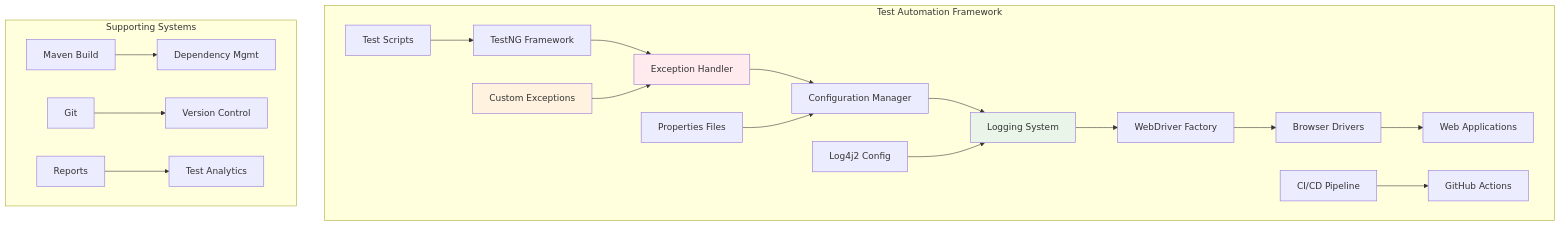
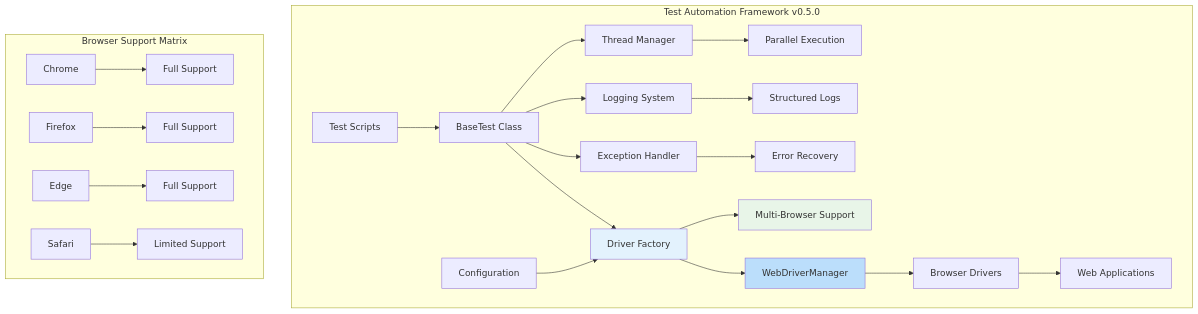
The second of 11 diagrams in README.md (Anuj-Patiyal/hybrid-framework), drawn with Mermaid before and after one commit. The commit also changed other lines of this file and 11 other files, not shown here.

````diff
--- a/README.md
+++ b/README.md
@@ -76,27 +77,31 @@
 ```mermaid
 graph TB
-    subgraph "Test Automation Framework"
-        A[Test Scripts] --> B[TestNG Framework]
-        B --> C[Exception Handler]
-        C --> D[Configuration Manager]
-        D --> E[Logging System]
-        E --> F[WebDriver Factory]
-        F --> G[Browser Drivers]
-        G --> H[Web Applications]
+    subgraph "Test Automation Framework v0.5.0"
+        A[Test Scripts] --> B[BaseTest Class]
+        B --> C[Driver Factory]
+        C --> D[WebDriverManager]
+        D --> E[Browser Drivers]
+        E --> F[Web Applications]
         
-        I[Custom Exceptions] --> C
-        J[Properties Files] --> D
-        K[Log4j2 Config] --> E
-        L[CI/CD Pipeline] --> M[GitHub Actions]
+        G[Configuration] --> C
+        H[Exception Handler] --> I[Error Recovery]
+        J[Logging System] --> K[Structured Logs]
+        L[Thread Manager] --> M[Parallel Execution]
+        
+        B --> H
+        B --> J
+        B --> L
+        C --> N[Multi-Browser Support]
     end
     
-    subgraph "Supporting Systems"
-        N[Maven Build] --> O[Dependency Mgmt]
-        P[Git] --> Q[Version Control]
-        R[Reports] --> S[Test Analytics]
+    subgraph "Browser Support Matrix"
+        O[Chrome] --> P[Full Support]
+        Q[Firefox] --> R[Full Support]
+        S[Edge] --> T[Full Support]
+        U[Safari] --> V[Limited Support]
     end
     
-    style C fill:#ffebee
-    style E fill:#e8f5e8
-    style I fill:#fff3e0
+    style C fill:#e3f2fd
+    style D fill:#bbdefb
+    style N fill:#e8f5e8
 ```
````
